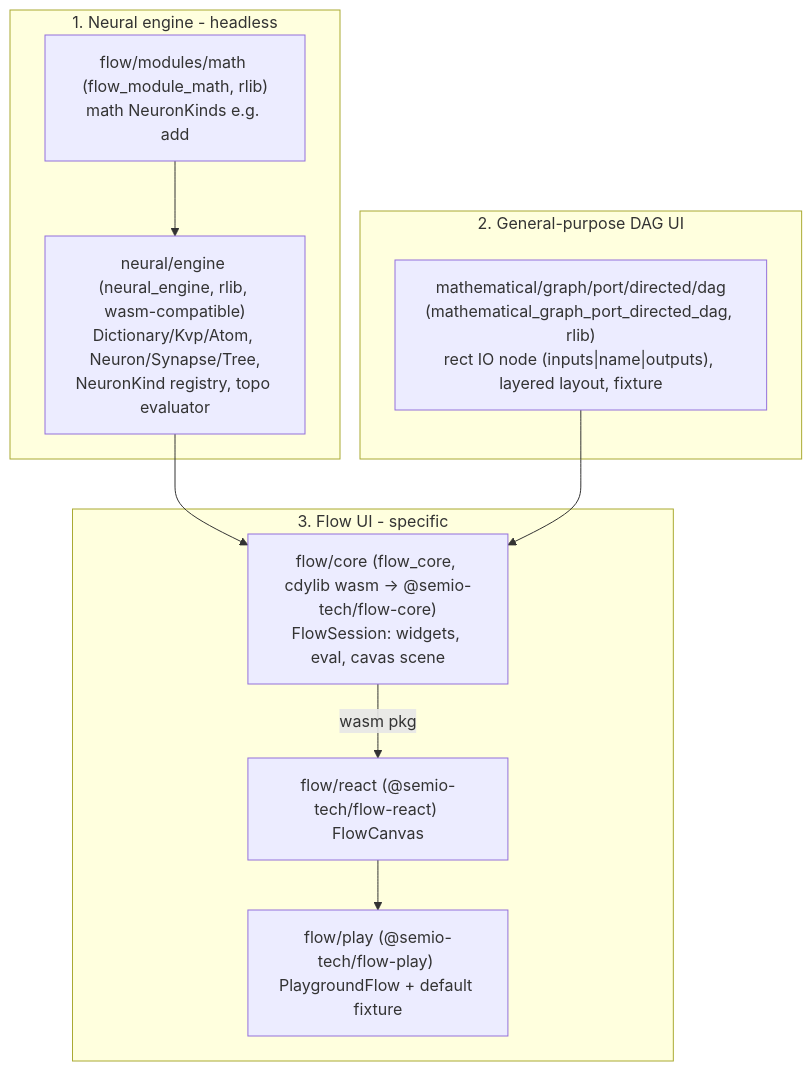
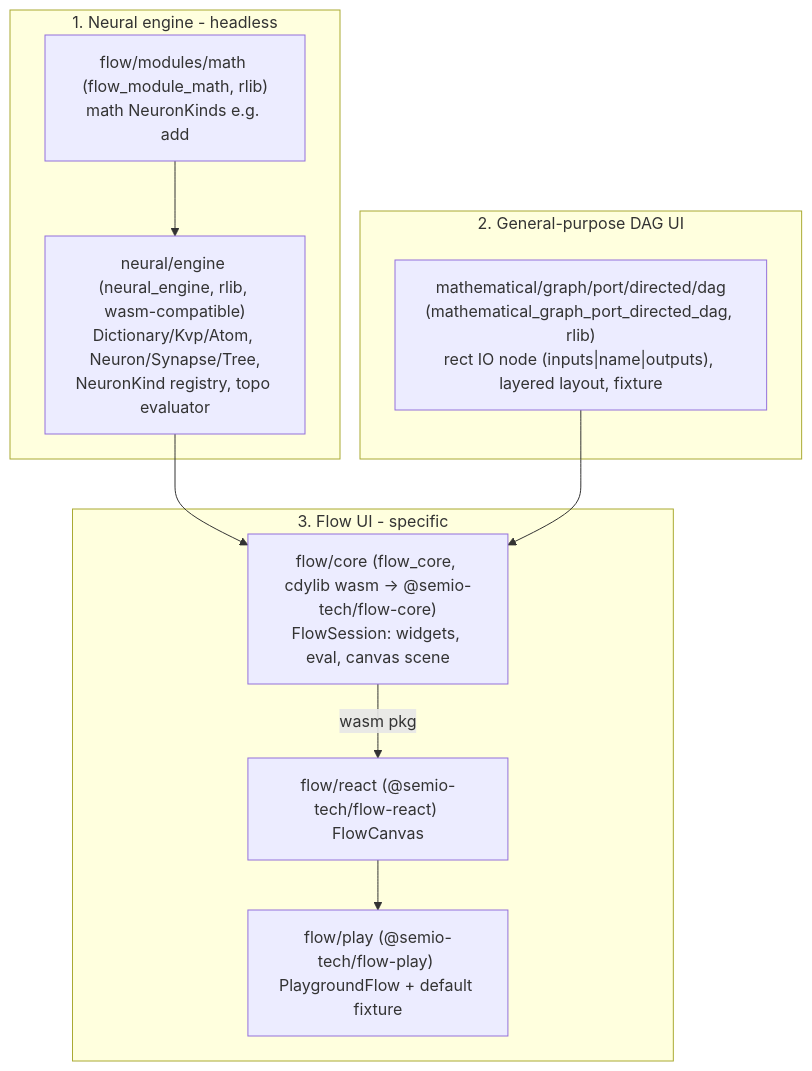
Before and after one commit to usalu/semio: the diagram in .🦑️repo/🎫️tickets/🎆️26/🌙️06/☀️07/FLOW-LANGUAGE-VERTICAL-SLICE/flow_language_slice_0a888bfc.plan.md, drawn with Mermaid. The commit also changed other lines of this file and 578 other files, not shown here.

````diff
--- a/.🦑️repo/🎫️tickets/🎆️26/🌙️06/☀️07/FLOW-LANGUAGE-VERTICAL-SLICE/flow_language_slice_0a888bfc.plan.md
+++ b/.🦑️repo/🎫️tickets/🎆️26/🌙️06/☀️07/FLOW-LANGUAGE-VERTICAL-SLICE/flow_language_slice_0a888bfc.plan.md
@@ -44,20 +44,20 @@
 ```mermaid
 flowchart TD
     subgraph p1 [1. Neural engine - headless]
       ENG["neural/engine (neural_engine, rlib, wasm-compatible)<br/>Dictionary/Kvp/Atom, Neuron/Synapse/Tree,<br/>NeuronKind registry, topo evaluator"]
       MATH["flow/modules/math (flow_module_math, rlib)<br/>math NeuronKinds e.g. add"]
     end
     subgraph p2 [2. General-purpose DAG UI]
       DAG["mathematical/graph/port/directed/dag<br/>(mathematical_graph_port_directed_dag, rlib)<br/>rect IO node (inputs|name|outputs), layered layout, fixture"]
     end
     subgraph p3 [3. Flow UI - specific]
-      CORE["flow/core (flow_core, cdylib wasm -> @semio-tech/flow-core)<br/>FlowSession: widgets, eval, cavas scene"]
+      CORE["flow/core (flow_core, cdylib wasm -> @semio-tech/flow-core)<br/>FlowSession: widgets, eval, canvas scene"]
       REACT["flow/react (@semio-tech/flow-react) FlowCanvas"]
       PLAY["flow/play (@semio-tech/flow-play) PlaygroundFlow + default fixture"]
     end
     MATH --> ENG
     ENG --> CORE
     DAG --> CORE
     CORE -->|wasm pkg| REACT
     REACT --> PLAY
 ```
````
